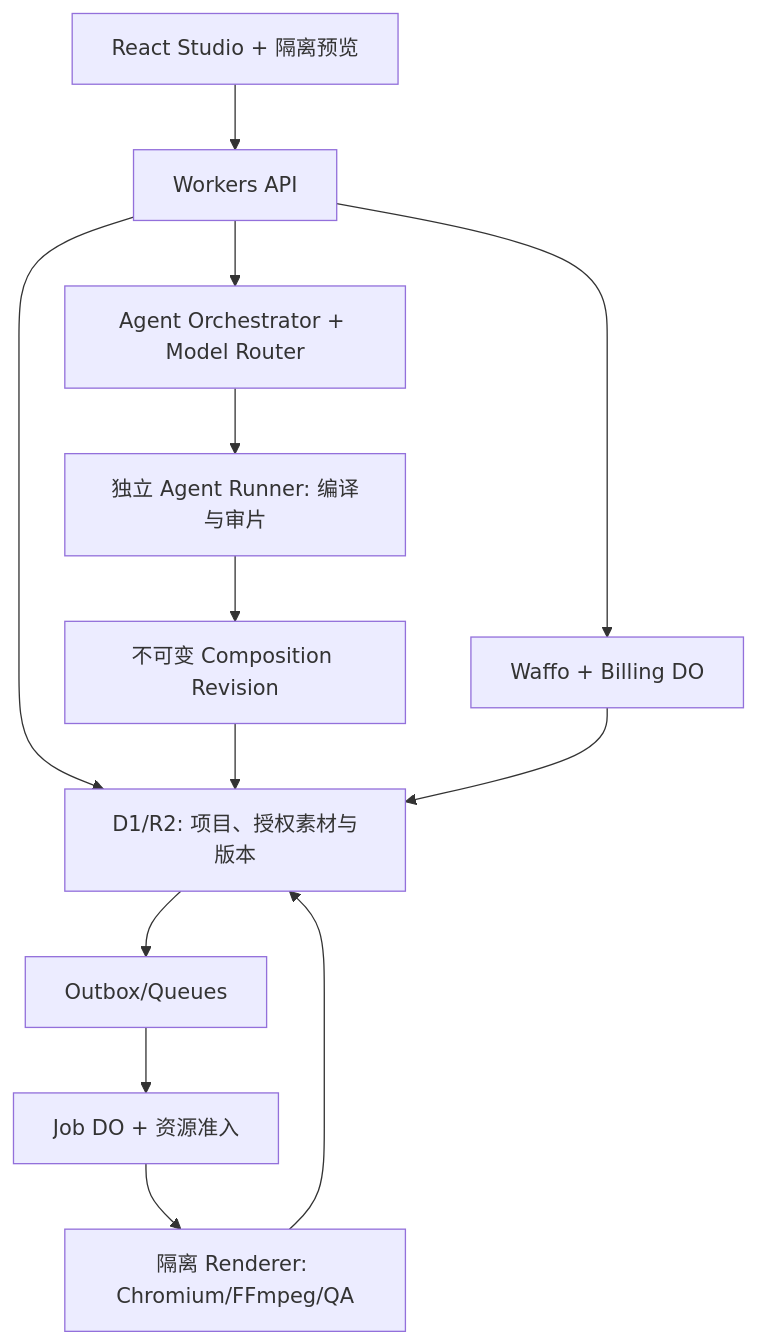
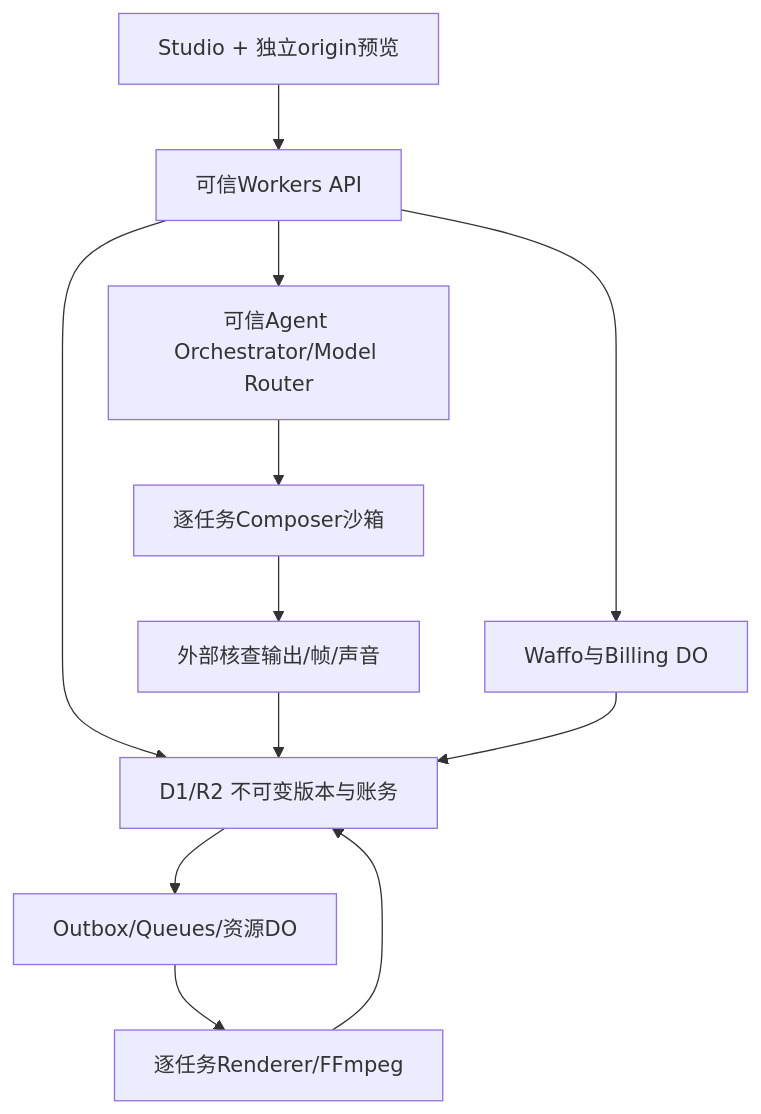
Before and after one commit to ten2ten2/promobento: the diagram in docs/prd/04-architecture-and-data.md, drawn with Mermaid. The commit also changed other lines of this file and 40 other files, not shown here.

````diff
--- a/docs/prd/04-architecture-and-data.md
+++ b/docs/prd/04-architecture-and-data.md
@@ -34,15 +20,14 @@
 ```mermaid
 flowchart TD
-  A[React Studio + 隔离预览] --> B[Workers API]
-  B --> C[D1/R2: 项目、授权素材与版本]
-  B --> D[Agent Orchestrator + Model Router]
-  D --> E[独立 Agent Runner: 编译与审片]
-  E --> F[不可变 Composition Revision]
-  F --> C
-  B --> G[Waffo + Billing DO]
-  G --> C
-  C --> H[Outbox/Queues]
-  H --> I[Job DO + 资源准入]
-  I --> J[隔离 Renderer: Chromium/FFmpeg/QA]
-  J --> C
+  UI[Studio + 独立origin预览] --> API[可信Workers API]
+  API --> DB[D1/R2 不可变版本与账务]
+  API --> ORCH[可信Agent Orchestrator/Model Router]
+  ORCH --> RUN[逐任务Composer沙箱]
+  RUN --> QA[外部核查输出/帧/声音]
+  QA --> DB
+  DB --> Q[Outbox/Queues/资源DO]
+  Q --> R[逐任务Renderer/FFmpeg]
+  R --> DB
+  API --> PAY[Waffo与Billing DO]
+  PAY --> DB
 ```
````
